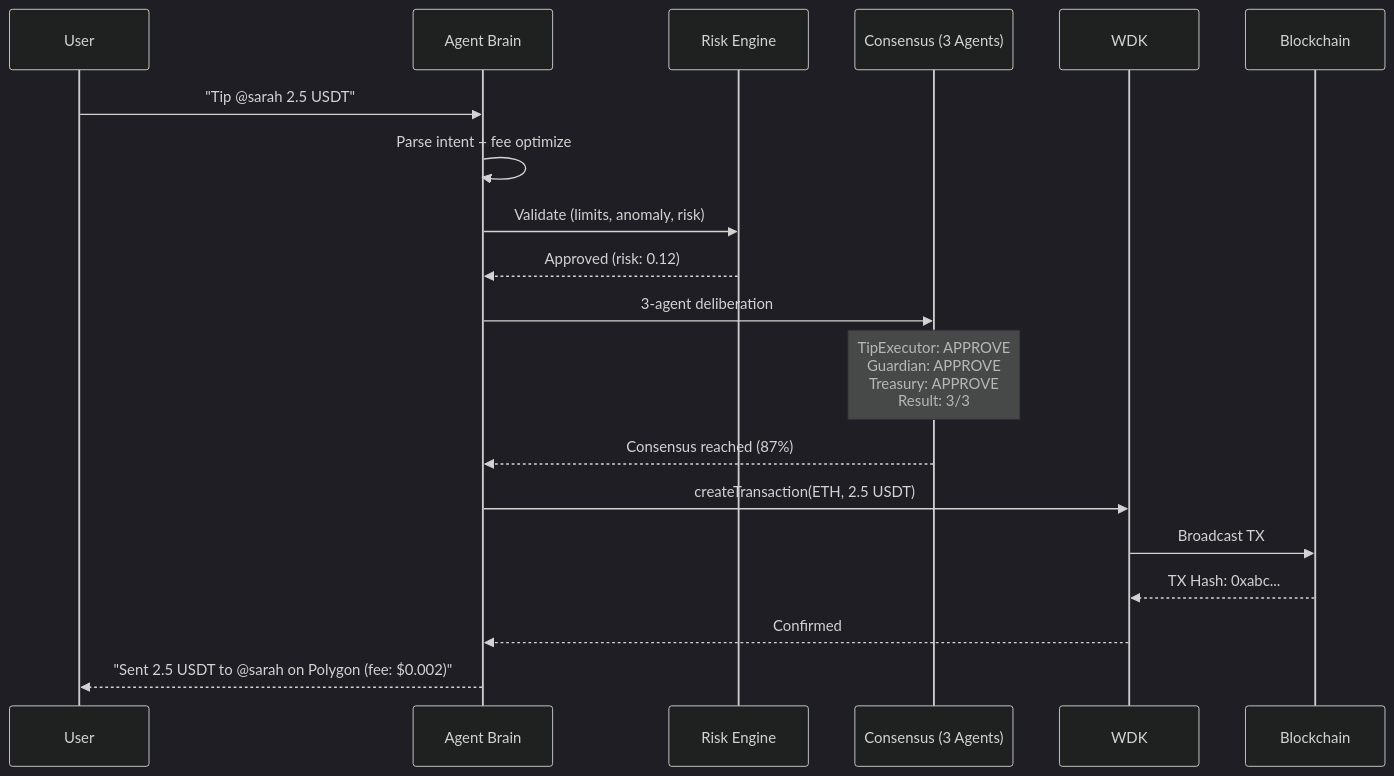
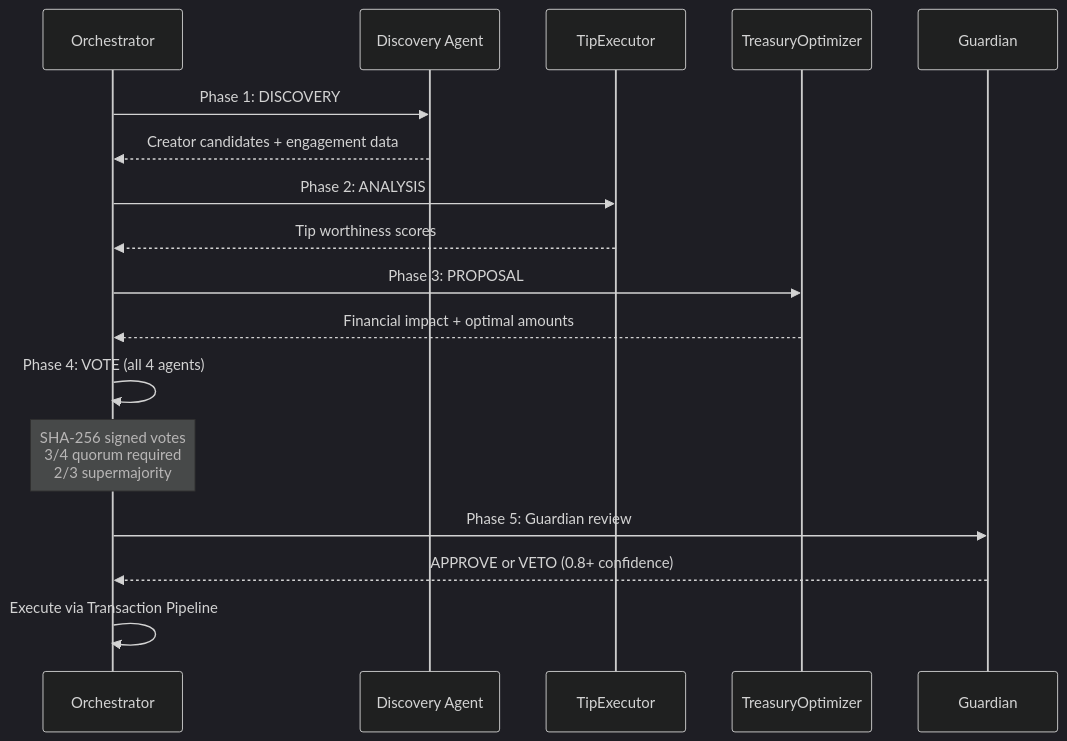
Before and after one commit to agdanish/aerofyta: the second of 4 diagrams in README.md, drawn with Mermaid (dark theme). The commit also changed other lines of this file, not shown here.

First line of the commit message:
docs: complete README rewrite reflecting full architecture depth

````diff
--- a/README.md
+++ b/README.md
@@ -133,22 +157,20 @@
 ```mermaid
 sequenceDiagram
-    participant U as User
-    participant A as Agent Brain
-    participant R as Risk Engine
-    participant C as Consensus (3 Agents)
-    participant W as WDK
-    participant B as Blockchain
+    participant O as Orchestrator
+    participant D as Discovery Agent
+    participant T as TipExecutor
+    participant TR as TreasuryOptimizer
+    participant G as Guardian
 
-    U->>A: "Tip @sarah 2.5 USDT"
-    A->>A: Parse intent + fee optimize
-    A->>R: Validate (limits, anomaly, risk)
-    R-->>A: Approved (risk: 0.12)
-    A->>C: 3-agent deliberation
-    Note over C: TipExecutor: APPROVE<br/>Guardian: APPROVE<br/>Treasury: APPROVE<br/>Result: 3/3
-    C-->>A: Consensus reached (87%)
-    A->>W: createTransaction(ETH, 2.5 USDT)
-    W->>B: Broadcast TX
-    B-->>W: TX Hash: 0xabc...
-    W-->>A: Confirmed
-    A-->>U: "Sent 2.5 USDT to @sarah on Polygon (fee: $0.002)"
+    O->>D: Phase 1: DISCOVERY
+    D-->>O: Creator candidates + engagement data
+    O->>T: Phase 2: ANALYSIS
+    T-->>O: Tip worthiness scores
+    O->>TR: Phase 3: PROPOSAL
+    TR-->>O: Financial impact + optimal amounts
+    O->>O: Phase 4: VOTE (all 4 agents)
+    Note over O: SHA-256 signed votes<br/>3/4 quorum required<br/>2/3 supermajority
+    O->>G: Phase 5: Guardian review
+    G-->>O: APPROVE or VETO (0.8+ confidence)
+    O->>O: Execute via Transaction Pipeline
 ```
````
